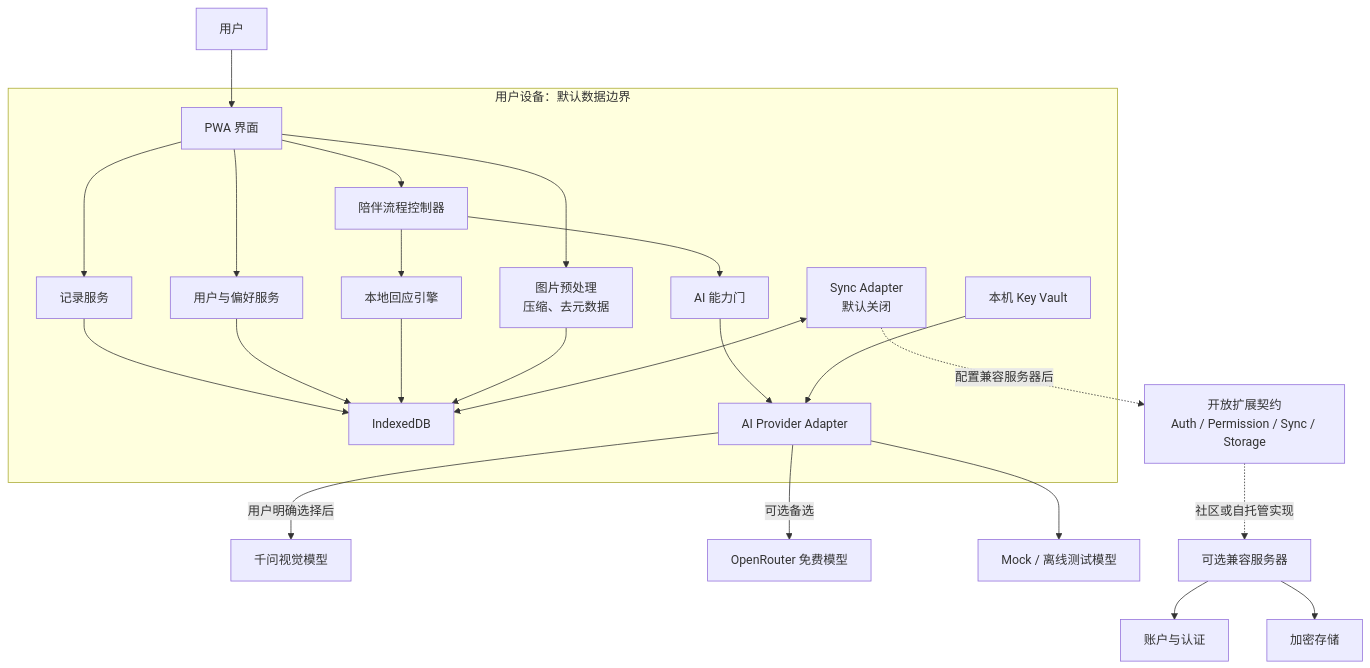
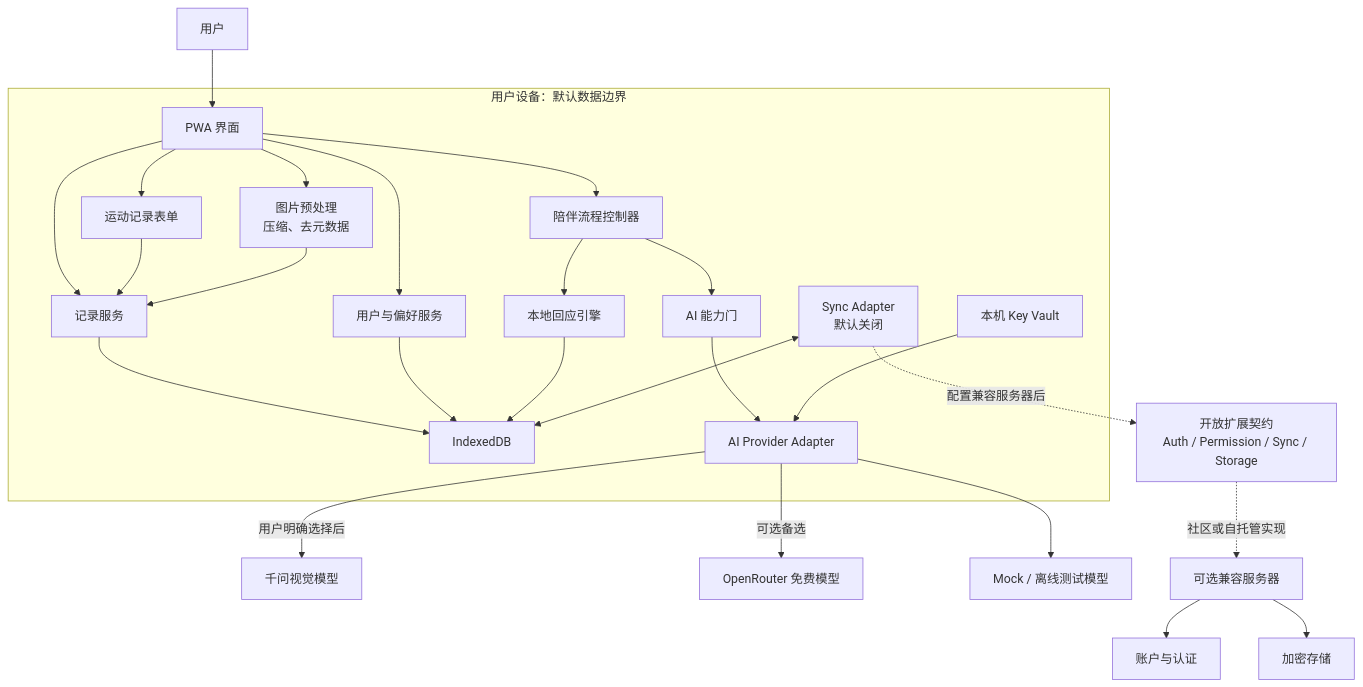
The first of 4 diagrams in docs/03-架构图.md (oukeming64-tech/different-diary), drawn with Mermaid before and after one commit. The commit also changed other lines of this file and 21 other files, not shown here.

````diff
--- a/docs/03-架构图.md
+++ b/docs/03-架构图.md
@@ -15,34 +17,36 @@
 ```mermaid
 flowchart TB
     U["用户"] --> UI["PWA 界面"]
 
     subgraph DEVICE["用户设备：默认数据边界"]
         UI --> FLOW["陪伴流程控制器"]
         UI --> RECORD["记录服务"]
+        UI --> ACTIVITY["运动记录表单"]
         UI --> PROFILE["用户与偏好服务"]
 
         FLOW --> LOCALRESP["本地回应引擎"]
         FLOW --> AIGATE["AI 能力门"]
 
         RECORD --> DB["IndexedDB"]
+        ACTIVITY --> RECORD
         PROFILE --> DB
         LOCALRESP --> DB
 
         UI --> IMAGE["图片预处理\n压缩、去元数据"]
-        IMAGE --> DB
+        IMAGE --> RECORD
 
         AIGATE --> PROVIDERS["AI Provider Adapter"]
         KEY["本机 Key Vault"] --> PROVIDERS
 
         SYNC["Sync Adapter\n默认关闭"] <--> DB
     end
 
     PROVIDERS -->|"用户明确选择后"| QWEN["千问视觉模型"]
     PROVIDERS -->|"可选备选"| OR["OpenRouter 免费模型"]
     PROVIDERS --> MOCK["Mock / 离线测试模型"]
 
     SYNC -.->|"配置兼容服务器后"| CONTRACT["开放扩展契约\nAuth / Permission / Sync / Storage"]
     CONTRACT -.->|"社区或自托管实现"| CLOUD["可选兼容服务器"]
     CLOUD --> AUTH["账户与认证"]
     CLOUD --> CDB["加密存储"]
 ```
````
